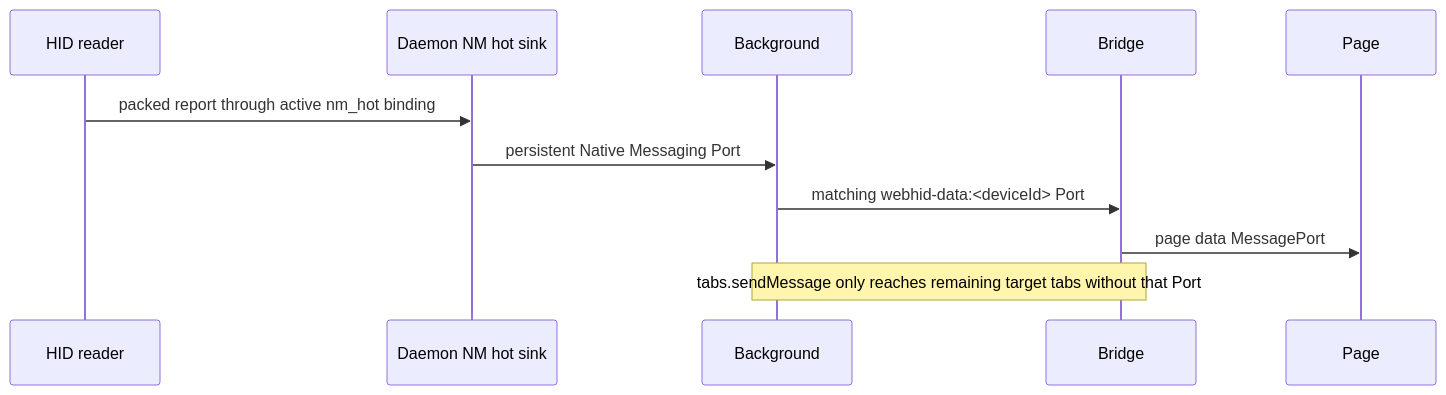
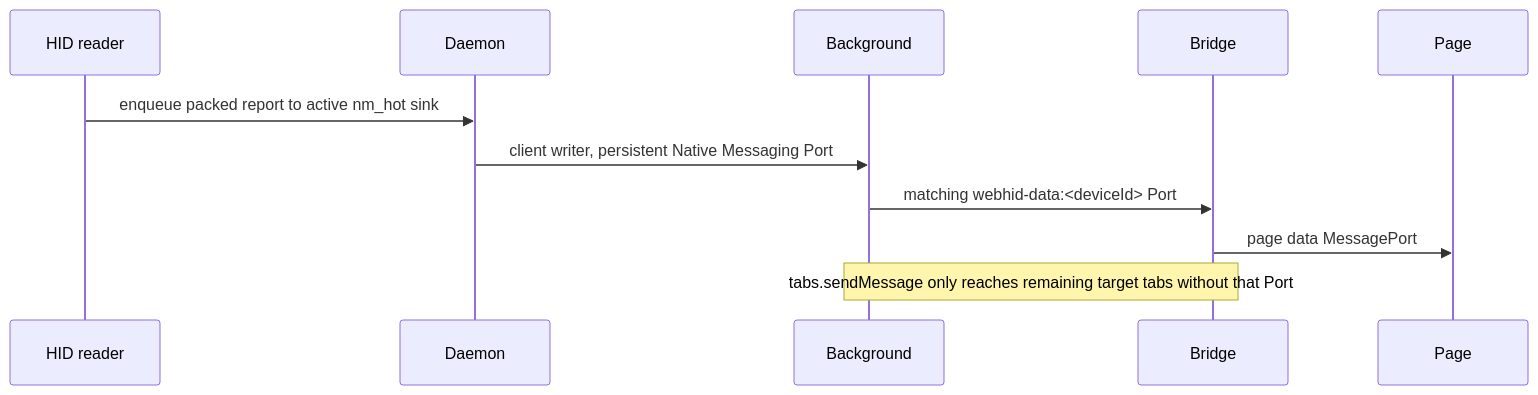
The sixth of 7 diagrams in docs/ARCHITECTURE.md (K4zoku/FF-WebHID), drawn with Mermaid before and after one commit. The commit also changed other lines of this file and 4 other files, not shown here.

````diff
--- a/docs/ARCHITECTURE.md
+++ b/docs/ARCHITECTURE.md
@@ -285,14 +310,14 @@
 ```mermaid
 sequenceDiagram
     participant R as HID reader
-    participant D as Daemon NM hot sink
+    participant D as Daemon
     participant G as Background
     participant B as Bridge
     participant P as Page
 
-    R->>D: packed report through active nm_hot binding
-    D->>G: persistent Native Messaging Port
+    R->>D: enqueue packed report to active nm_hot sink
+    D->>G: client writer, persistent Native Messaging Port
     G->>B: matching webhid-data:<deviceId> Port
     B->>P: page data MessagePort
     Note over G,B: tabs.sendMessage only reaches remaining target tabs without that Port
 ```
````
